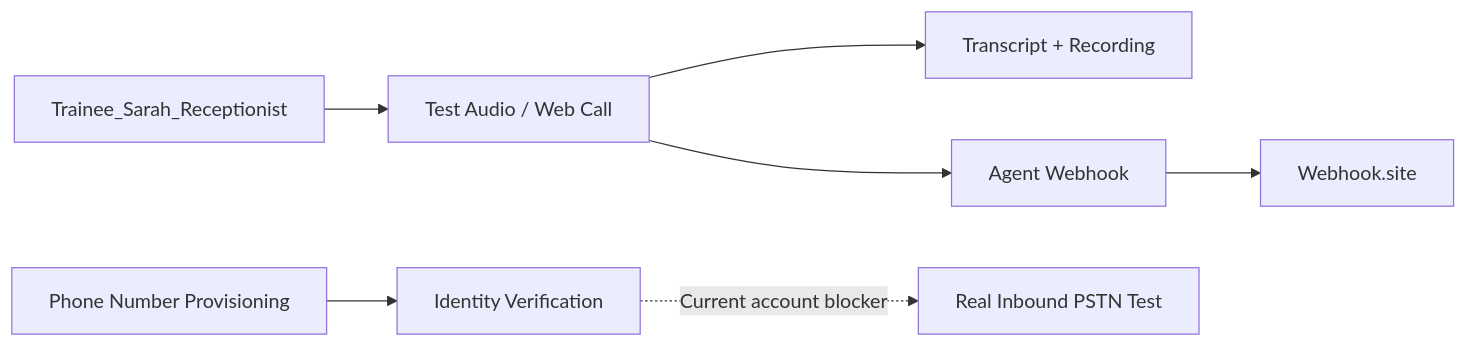
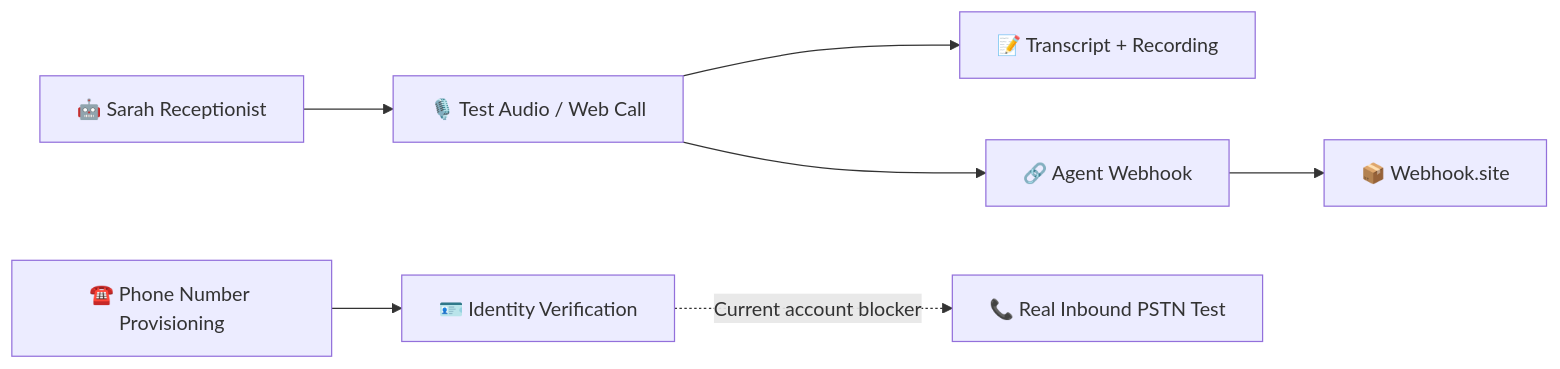
Before and after one commit to shaikshahid777/retell-ai-topic-4-phone-number-inbound-routing: the diagram in README.md, drawn with Mermaid. The commit also changed other lines of this file, not shown here.

````diff
--- a/README.md
+++ b/README.md
@@ -41,9 +50,9 @@
 ```mermaid
 flowchart LR
-    A["Trainee_Sarah_Receptionist"] --> B["Test Audio / Web Call"]
-    B --> C["Transcript + Recording"]
-    B --> D["Agent Webhook"]
-    D --> E["Webhook.site"]
-    F["Phone Number Provisioning"] --> G["Identity Verification"]
-    G -. "Current account blocker" .-> H["Real Inbound PSTN Test"]
+    A["🤖 Sarah Receptionist"] --> B["🎙️ Test Audio / Web Call"]
+    B --> C["📝 Transcript + Recording"]
+    B --> D["🔗 Agent Webhook"]
+    D --> E["📦 Webhook.site"]
+    F["☎️ Phone Number Provisioning"] --> G["🪪 Identity Verification"]
+    G -. "Current account blocker" .-> H["📞 Real Inbound PSTN Test"]
 ```
````
